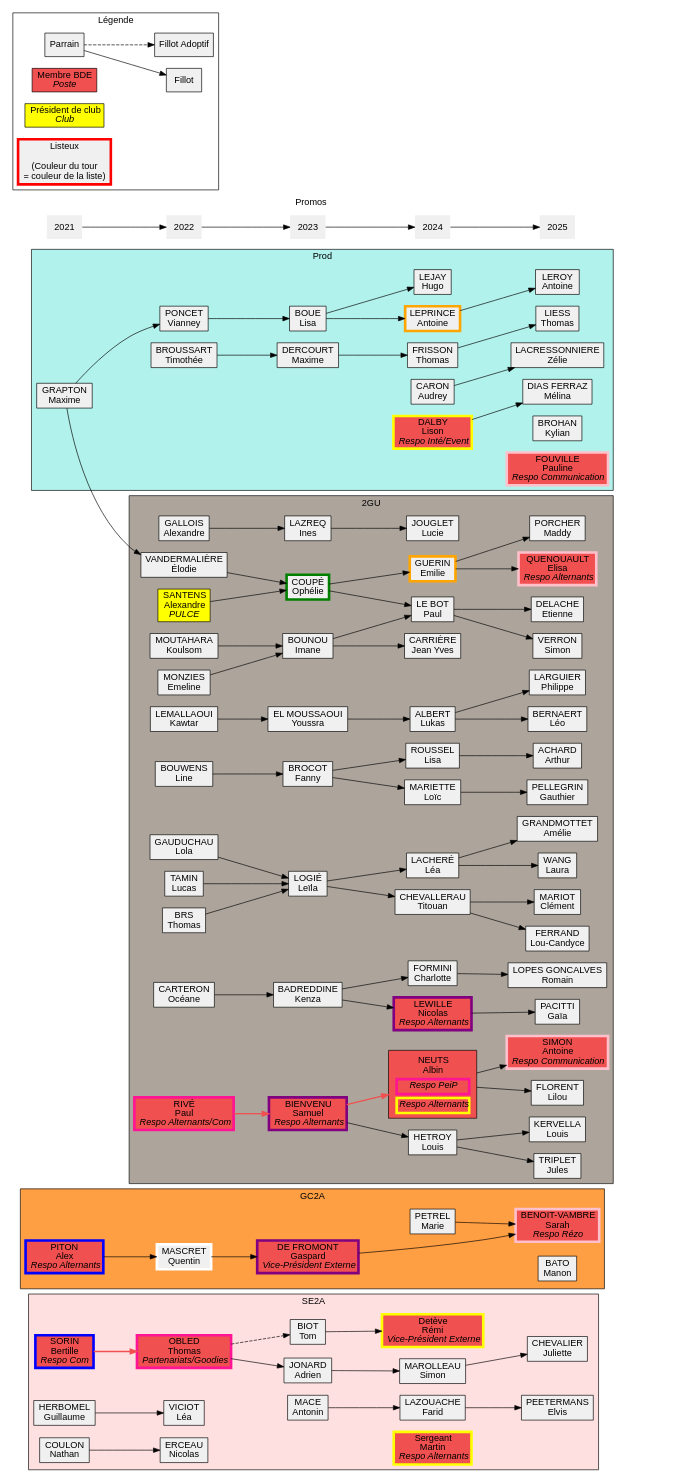
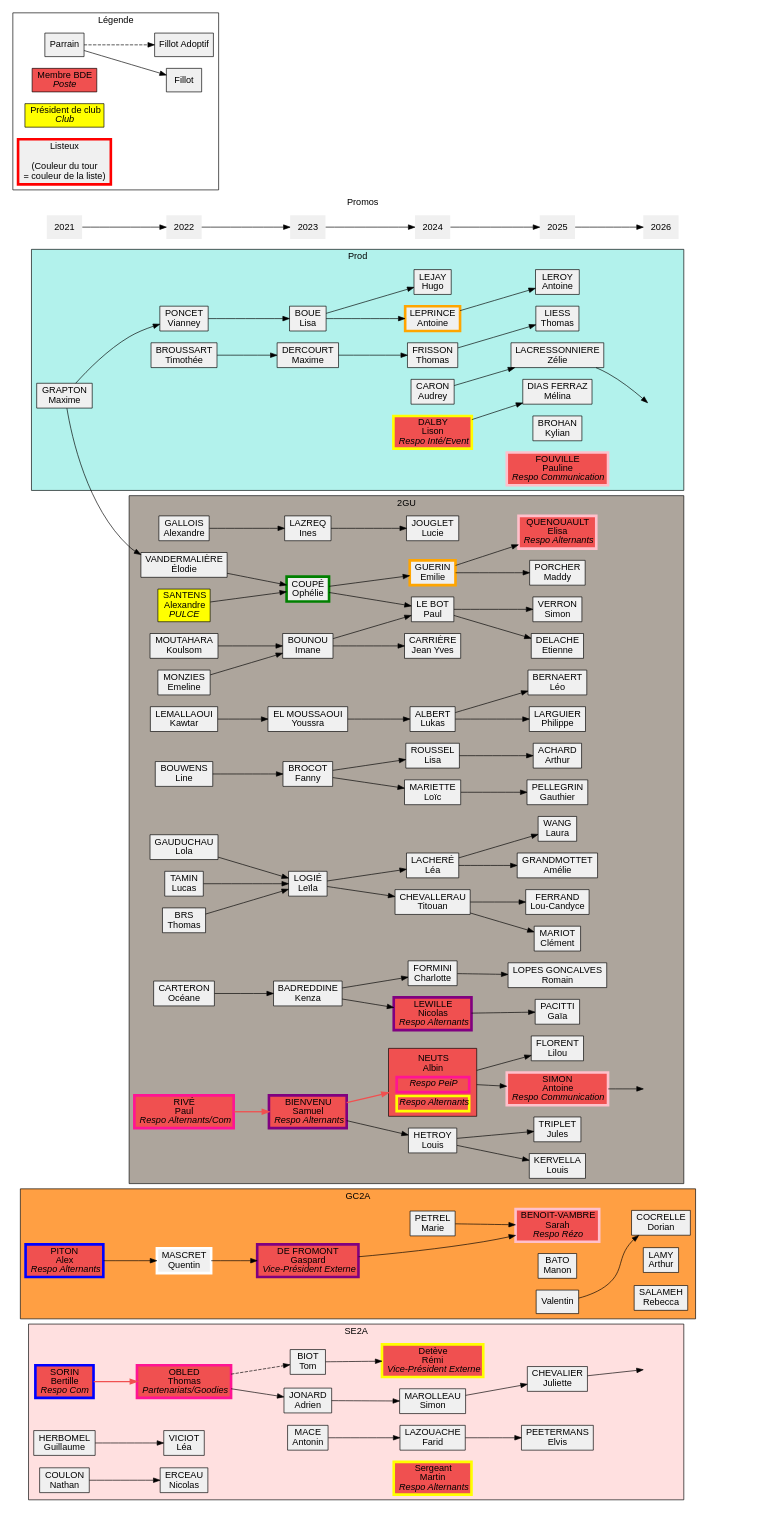
Before and after one commit to Scruchet/poly_gen: the diagram in alternants.dot, drawn with Graphviz.

```diff
--- a/alternants.dot
+++ b/alternants.dot
@@ -20,7 +20,7 @@
 		color = none;
 		node [shape = none];
 
-		"2021" -> "2022" -> "2023" -> "2024"->"2025";
+		"2021" -> "2022" -> "2023" -> "2024"-> "2025" -> "2026";
 	}
 
 	subgraph cluster_legende {
@@ -151,6 +151,11 @@
         titouancheva -> loucandyce;
         lukasalb -> phillippela;
         lukasalb -> leobernae;
+
+        { rank = "same";
+			invis1 [style=invis];
+        }
+        antoinesim -> invis1;
 	}
 
 	subgraph cluster_prod {
@@ -197,6 +202,11 @@
         antoinelepr -> antoinele;
         ldalby -> melinadia;
         thomasfris -> thomasliess;
+
+        { rank = "same";
+			invis2 [style=invis];
+        }
+        zelielacres -> invis2;
         
 	}
 	subgraph cluster_GC2A {
@@ -224,9 +234,17 @@
 		{ rank = "same";
 			sarahbenoit	[label = <BENOIT-VAMBRE<BR/>Sarah<BR/><I>Respo Rézo</I>> fillcolor="#f05050" penwidth=4 color="pink"];
 			manonbato [label = "BATO\nManon"];
+			valentin	[label = "Valentin"];
 		}
 		mariepetrel-> sarahbenoit;
 		gaspardgui -> sarahbenoit;
+
+		{ rank = "same";
+			alamy		[label = "LAMY\nArthur"];
+			rsalameh	[label = "SALAMEH\nRebecca"];
+			dcocrelle	[label = "COCRELLE\nDorian"];
+        }
+        valentin -> dcocrelle;
 
         }
 
@@ -272,15 +290,20 @@
 		}
         faridlazou -> elvispet;
         smarolleau -> juliettec;
+
+        { rank = "same";
+			invis3 [style=invis];
+        }
+        juliettec	-> invis3
 	}
 		
 
 
 	endnode [style=invis];
 	
-    antoinesim -> endnode [style = invis];
-    antoinele -> endnode [style = invis];
-    juliettec -> endnode [style = invis];
-	sarahbenoit -> endnode [style = invis];
-	"2025" -> endnode [style=invis];
+    invis1 -> endnode [style = invis];
+    invis2 -> endnode [style = invis];
+    invis3 -> endnode [style = invis];
+	dcocrelle -> endnode [style = invis];
+	"2026" -> endnode [style=invis];
 }
```
